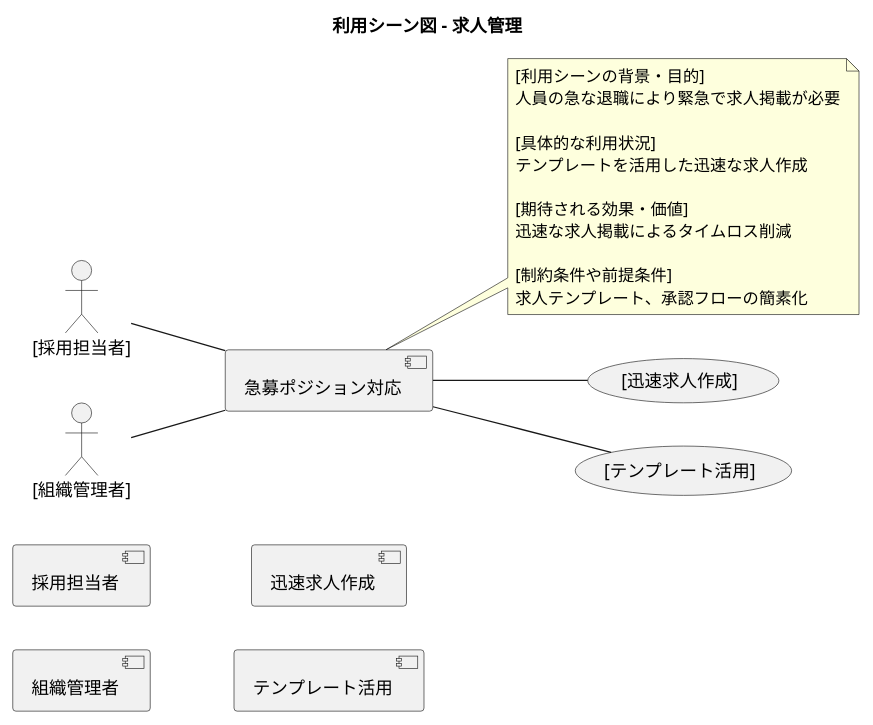
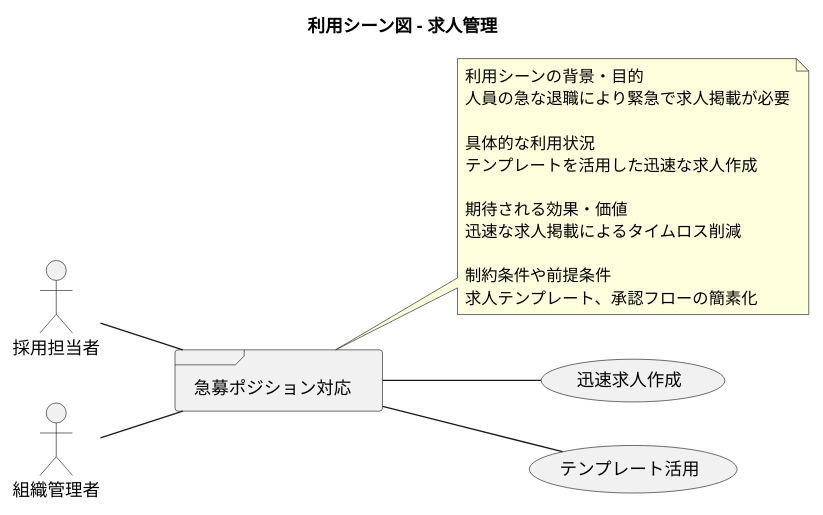
Before and after one commit to k2works/ai-programing-exercise: the ninth of 14 diagrams in docs/requirements/requirements_definition.md, drawn with PlantUML. The commit also changed other lines of this file, not shown here.

First line of the commit message:
style: fix PlantUML actor notation in requirements definition

````diff
--- a/docs/requirements/requirements_definition.md
+++ b/docs/requirements/requirements_definition.md
@@ -388,35 +388,35 @@
 ```plantuml
 @startuml
 
 title 利用シーン図 - 求人管理
 
 left to right direction
 
-actor [採用担当者]
-actor [組織管理者]
+actor 採用担当者
+actor 組織管理者
 
-frame [急募ポジション対応]
-note right of [急募ポジション対応]
-  [利用シーンの背景・目的]
+frame 急募ポジション対応
+note right of 急募ポジション対応
+  利用シーンの背景・目的
   人員の急な退職により緊急で求人掲載が必要
   
-  [具体的な利用状況]
+  具体的な利用状況
   テンプレートを活用した迅速な求人作成
   
-  [期待される効果・価値]
+  期待される効果・価値
   迅速な求人掲載によるタイムロス削減
   
-  [制約条件や前提条件]
+  制約条件や前提条件
   求人テンプレート、承認フローの簡素化
 end note
 
-usecase [迅速求人作成]
-usecase [テンプレート活用]
+usecase 迅速求人作成
+usecase テンプレート活用
 
-:[採用担当者]: -- [急募ポジション対応]
-:[組織管理者]: -- [急募ポジション対応]
-[急募ポジション対応] -- ([迅速求人作成])
-[急募ポジション対応] -- ([テンプレート活用])
+:採用担当者: -- 急募ポジション対応
+:組織管理者: -- 急募ポジション対応
+急募ポジション対応 -- (迅速求人作成)
+急募ポジション対応 -- (テンプレート活用)
 
 @enduml
 ```
````
